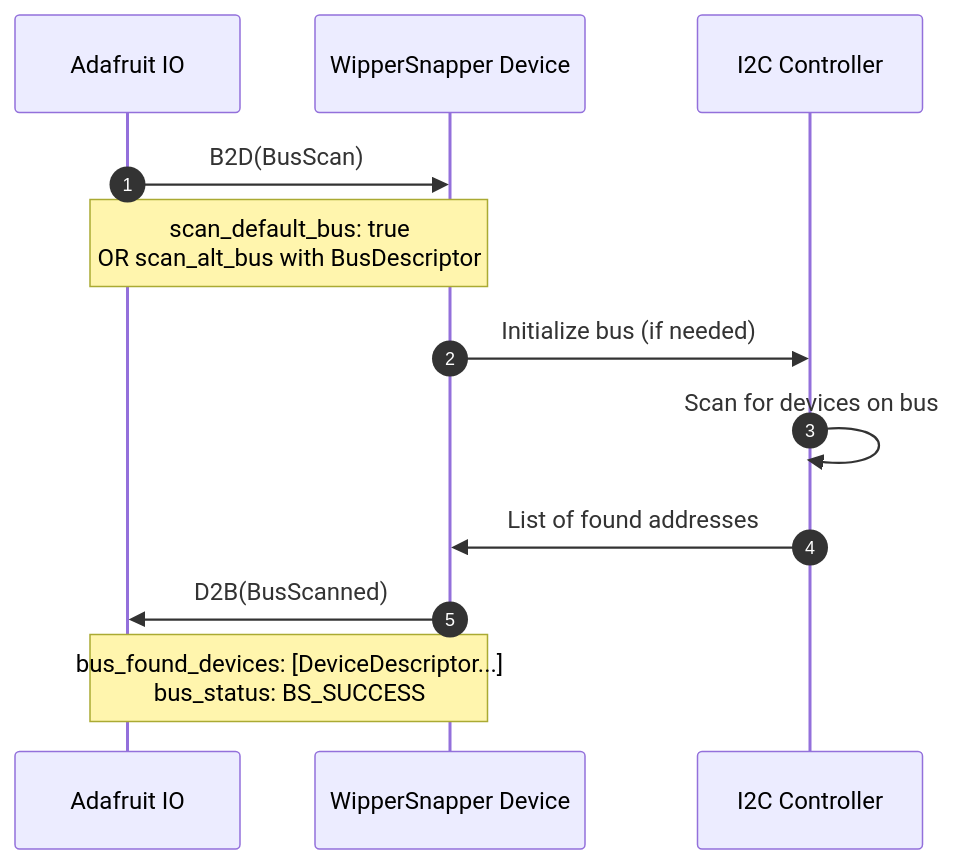
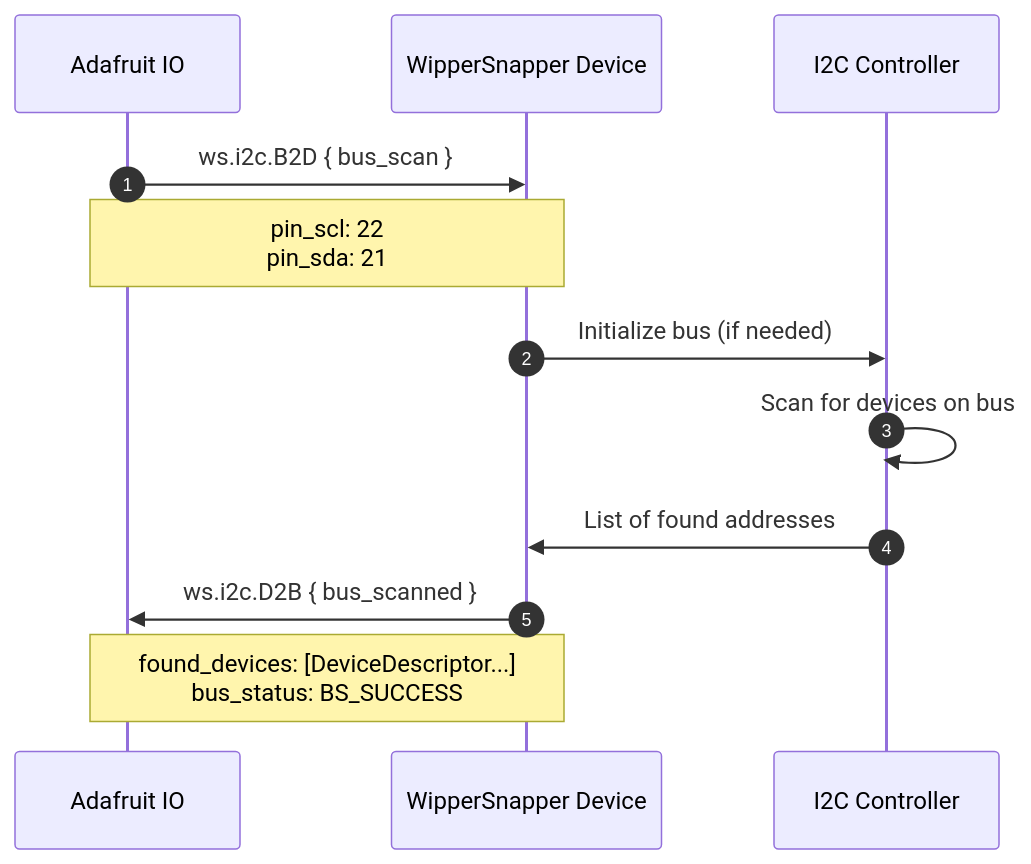
One commit to adafruit/Wippersnapper_Protobuf changed the first of 4 diagrams in proto/wippersnapper/docs/i2c.md. Above: the diagram before and after it, drawn with Mermaid. The commit also changed other lines of this file and 10 other files, not shown here.

````diff
--- a/proto/wippersnapper/docs/i2c.md
+++ b/proto/wippersnapper/docs/i2c.md
@@ -67,17 +74,17 @@
 ```mermaid
 sequenceDiagram
 autonumber
 participant IO as Adafruit IO
 participant Device as WipperSnapper Device
 participant I2C as I2C Controller
 
-IO->>Device: B2D(BusScan)
-Note over IO,Device: scan_default_bus: true<br/>OR scan_alt_bus with BusDescriptor
+IO->>Device: ws.i2c.B2D { bus_scan }
+Note over IO,Device: pin_scl: 22<br/>pin_sda: 21
 
 Device->>I2C: Initialize bus (if needed)
 I2C->>I2C: Scan for devices on bus
 
 I2C->>Device: List of found addresses
-Device->>IO: D2B(BusScanned)
-Note over Device,IO: bus_found_devices: [DeviceDescriptor...]<br/>bus_status: BS_SUCCESS
+Device->>IO: ws.i2c.D2B { bus_scanned }
+Note over Device,IO: found_devices: [DeviceDescriptor...]<br/>bus_status: BS_SUCCESS
 ```
````
